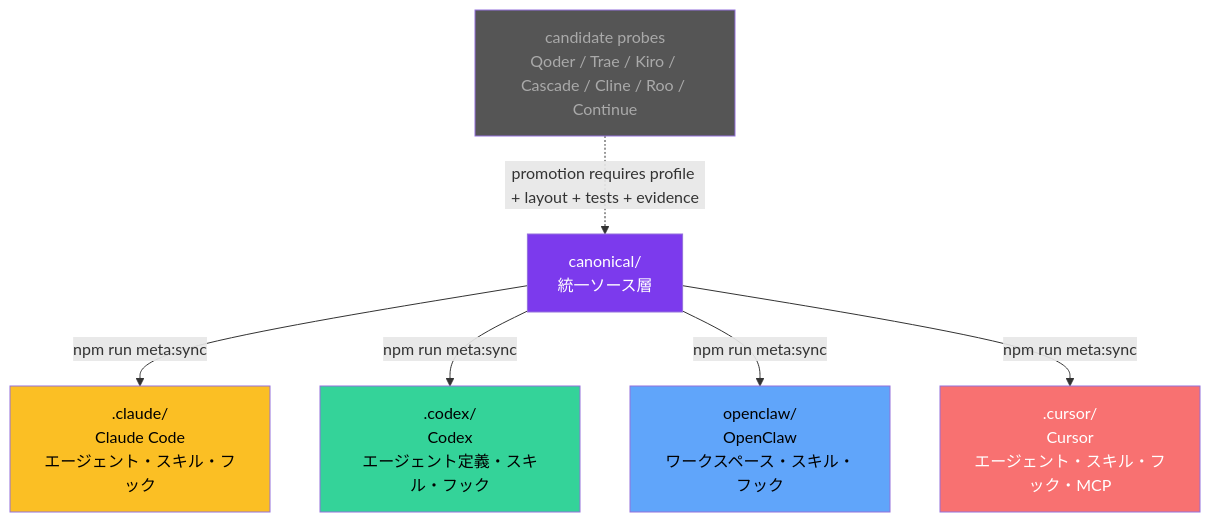
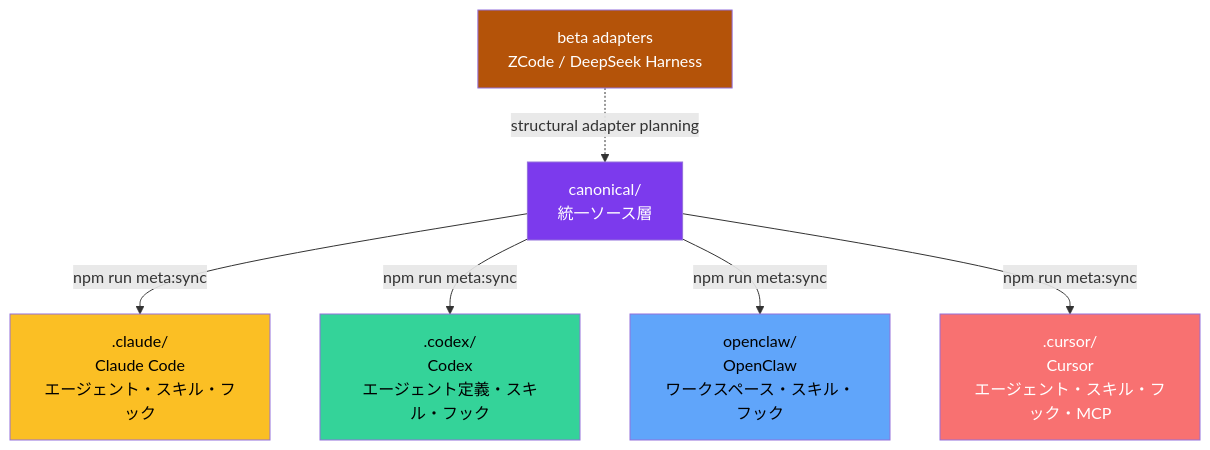
The eighth of 9 diagrams in README.ja-JP.md (KimYx0207/Meta_Kim), drawn with Mermaid before and after one commit. The commit also changed other lines of this file and 29 other files, not shown here.

Commit message:
feat: add beta runtime compatibility adapters

````diff
--- a/README.ja-JP.md
+++ b/README.ja-JP.md
@@ -503,18 +511,18 @@
 ```mermaid
 flowchart TB
     CANONICAL["canonical/<br/>統一ソース層"]
 
     CANONICAL --> |npm run meta:sync| CLAUDE[".claude/<br/>Claude Code<br/>エージェント・スキル・フック"]
     CANONICAL --> |npm run meta:sync| CODEX[".codex/<br/>Codex<br/>エージェント定義・スキル・フック"]
     CANONICAL --> |npm run meta:sync| OPENCLAW["openclaw/<br/>OpenClaw<br/>ワークスペース・スキル・フック"]
     CANONICAL --> |npm run meta:sync| CURSOR[".cursor/<br/>Cursor<br/>エージェント・スキル・フック・MCP"]
 
-    CANDIDATE["candidate probes<br/>Qoder / Trae / Kiro / Cascade / Cline / Roo / Continue"] -.-> |promotion requires profile + layout + tests + evidence| CANONICAL
+    BETA["beta adapters<br/>ZCode / DeepSeek Harness"] -.-> |structural adapter planning| CANONICAL
 
     style CANONICAL fill:#7c3aed,color:#fff
     style CLAUDE fill:#fbbf24,color:#000
     style CODEX fill:#34d399,color:#000
     style OPENCLAW fill:#60a5fa,color:#000
     style CURSOR fill:#f87171,color:#fff
-    style CANDIDATE fill:#555,color:#aaa
+    style BETA fill:#b45309,color:#fff
 ```
````
